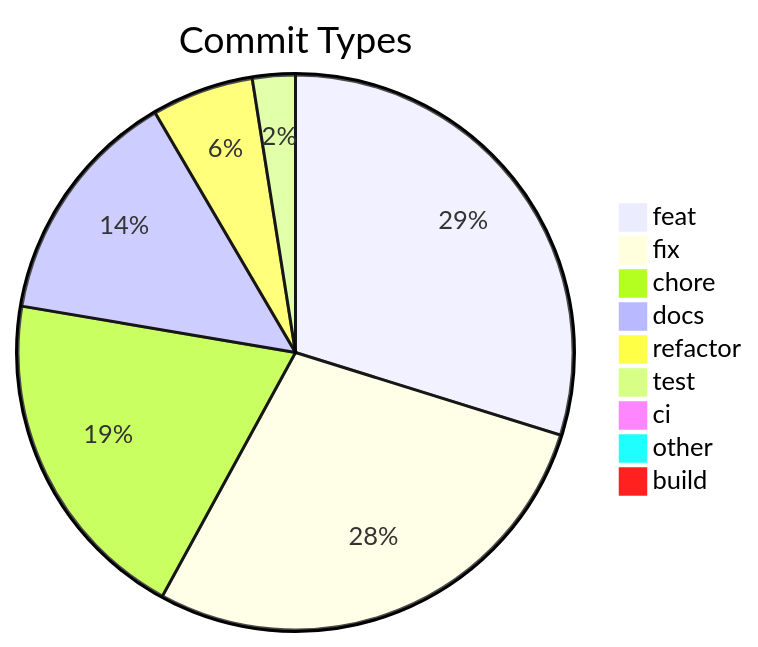
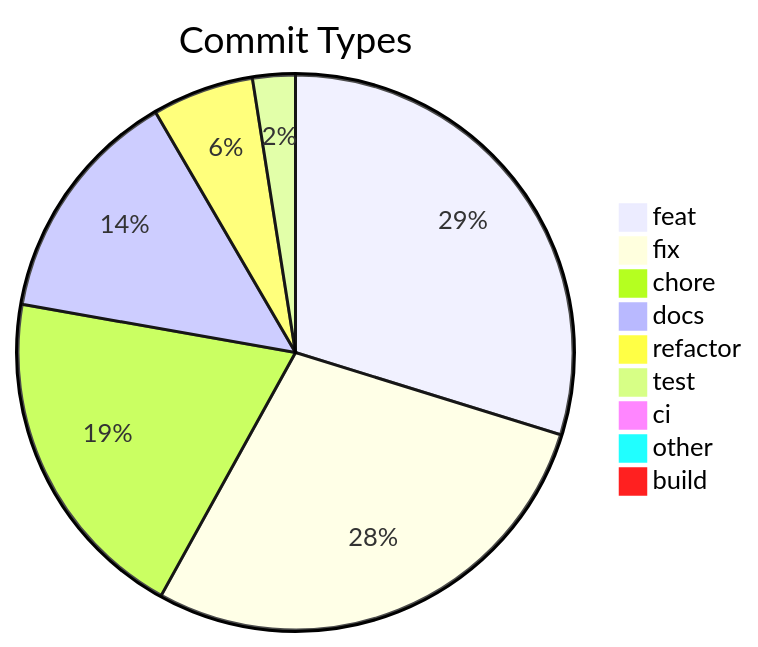
One commit to svenroth-ai/shipwright changed the diagram in .shipwright/compliance/change-history.md. Above: the diagram before and after it, drawn with Mermaid. The commit also changed other lines of this file and 7 other files, not shown here.

````diff
--- a/.shipwright/compliance/change-history.md
+++ b/.shipwright/compliance/change-history.md
@@ -8,12 +8,12 @@
 ```mermaid
 pie title Commit Types
-    "feat" : 251
-    "fix" : 237
-    "chore" : 166
+    "feat" : 252
+    "fix" : 239
+    "chore" : 167
     "docs" : 117
     "refactor" : 50
     "test" : 21
     "ci" : 7
     "other" : 7
     "build" : 1
 ```
````
